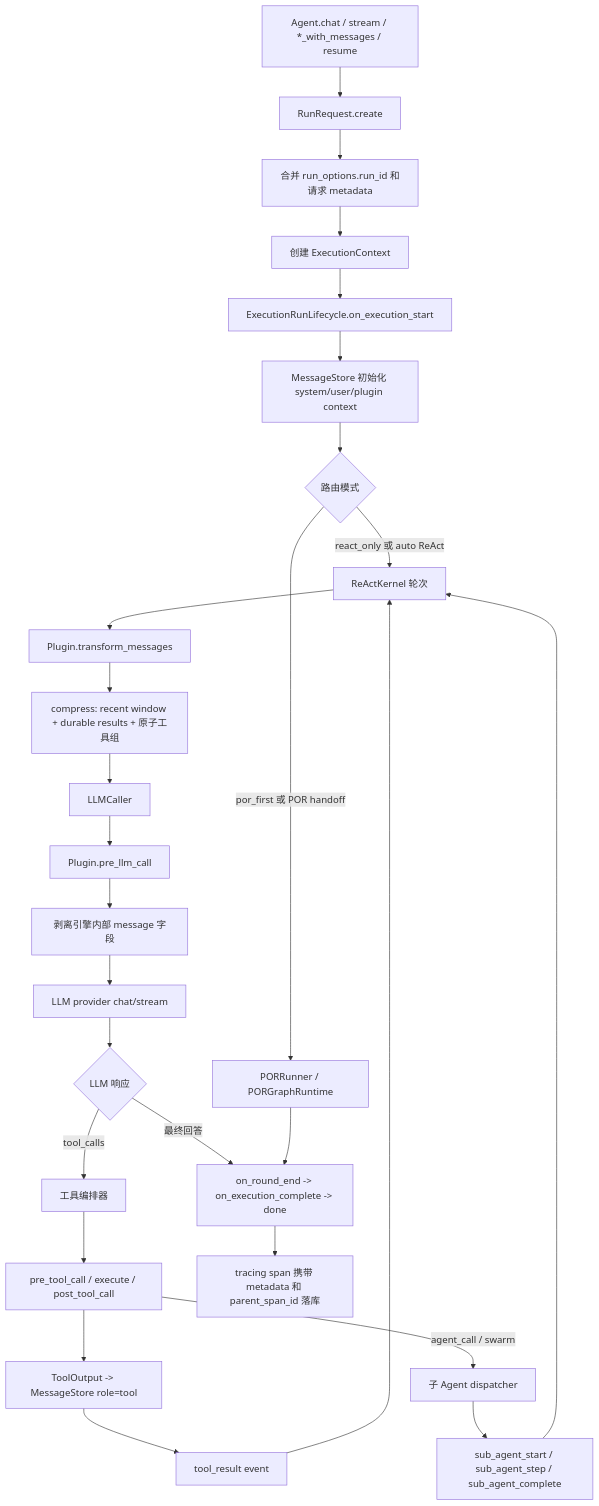
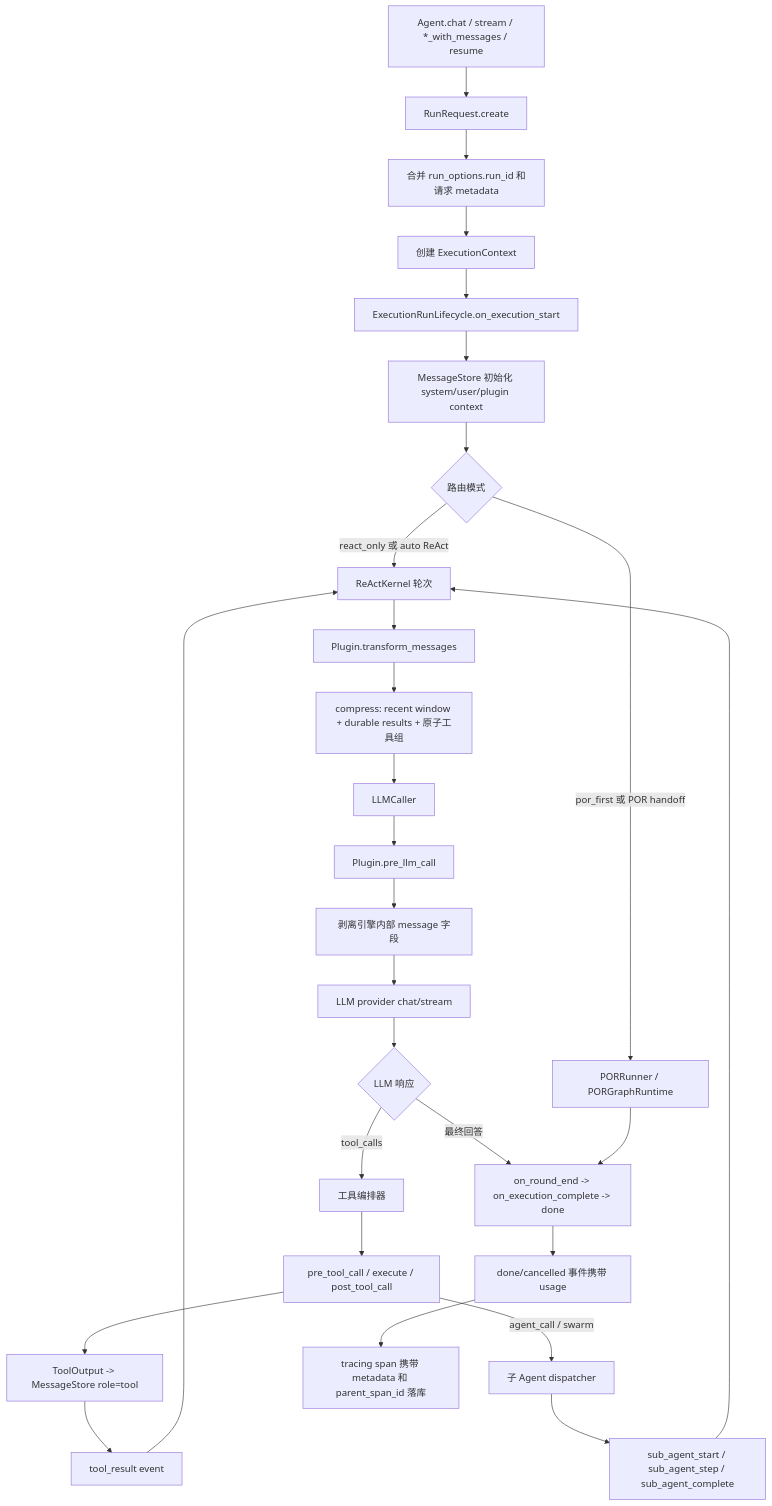
The second of 2 diagrams in README.zh-CN.md (axclogo/AxcAgentEngine), drawn with Mermaid before and after one commit. The commit also changed other lines of this file and 5 other files, not shown here.

````diff
--- a/README.zh-CN.md
+++ b/README.zh-CN.md
@@ -366,29 +422,30 @@
 ```mermaid
 flowchart TD
     A["Agent.chat / stream / *_with_messages / resume"] --> B["RunRequest.create"]
     B --> C["合并 run_options.run_id 和请求 metadata"]
     C --> D["创建 ExecutionContext"]
     D --> E["ExecutionRunLifecycle.on_execution_start"]
     E --> F["MessageStore 初始化 system/user/plugin context"]
     F --> G{"路由模式"}
     G -->|react_only 或 auto ReAct| H["ReActKernel 轮次"]
     G -->|por_first 或 POR handoff| I["PORRunner / PORGraphRuntime"]
     H --> J["Plugin.transform_messages"]
     J --> K["compress: recent window + durable results + 原子工具组"]
     K --> L["LLMCaller"]
     L --> M["Plugin.pre_llm_call"]
     M --> N["剥离引擎内部 message 字段"]
     N --> O["LLM provider chat/stream"]
     O --> P{"LLM 响应"}
     P -->|最终回答| Q["on_round_end -> on_execution_complete -> done"]
     P -->|tool_calls| R["工具编排器"]
     R --> S["pre_tool_call / execute / post_tool_call"]
     S --> T["ToolOutput -> MessageStore role=tool"]
     T --> U["tool_result event"]
     U --> H
     S -->|agent_call / swarm| V["子 Agent dispatcher"]
     V --> W["sub_agent_start / sub_agent_step / sub_agent_complete"]
     W --> H
     I --> Q
-    Q --> X["tracing span 携带 metadata 和 parent_span_id 落库"]
+    Q --> X["done/cancelled 事件携带 usage"]
+    X --> Y["tracing span 携带 metadata 和 parent_span_id 落库"]
 ```
````
